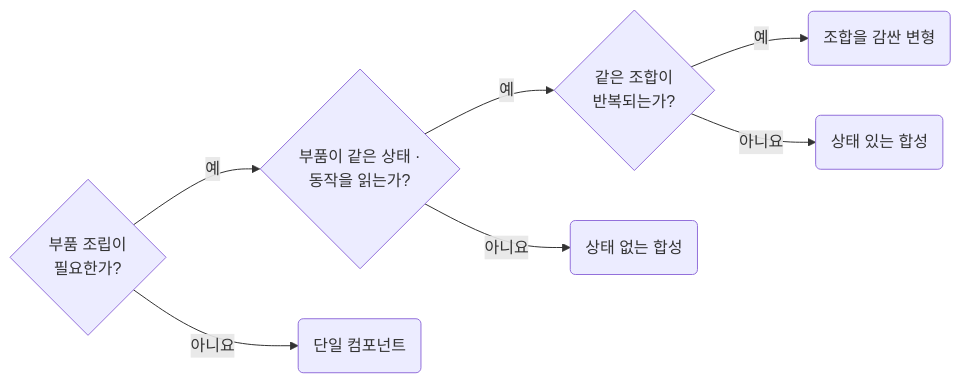
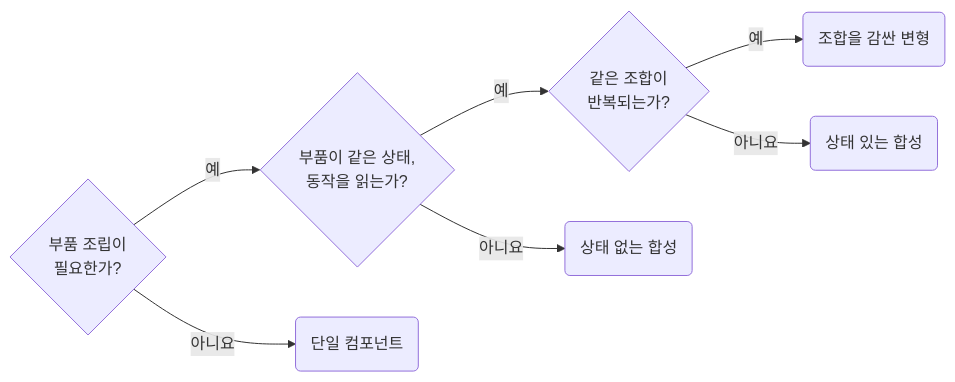
One commit to minu-ha/agent-conventions changed the diagram in skill/react/contracts/strategy-choose-single-composition-compound-and-variants.md. Above: the diagram before and after it, drawn with Mermaid. The commit also changed 14 other files, not shown here.

````diff
--- a/skill/react/contracts/strategy-choose-single-composition-compound-and-variants.md
+++ b/skill/react/contracts/strategy-choose-single-composition-compound-and-variants.md
@@ -10,7 +10,7 @@
 ```mermaid
 flowchart LR
-	q1{"부품 조립이<br>필요한가?"} -- 예 --> q2{"부품이 같은 상태 ·<br>동작을 읽는가?"} -- 예 --> q3{"같은 조합이<br>반복되는가?"} -- 예 --> r4("조합을 감싼 변형")
+	q1{"부품 조립이<br>필요한가?"} -- 예 --> q2{"부품이 같은 상태,<br>동작을 읽는가?"} -- 예 --> q3{"같은 조합이<br>반복되는가?"} -- 예 --> r4("조합을 감싼 변형")
 	q1 -- 아니요 --> r1("단일 컴포넌트")
 	q2 -- 아니요 --> r2("상태 없는 합성")
 	q3 -- 아니요 --> r3("상태 있는 합성")
 ```
````
